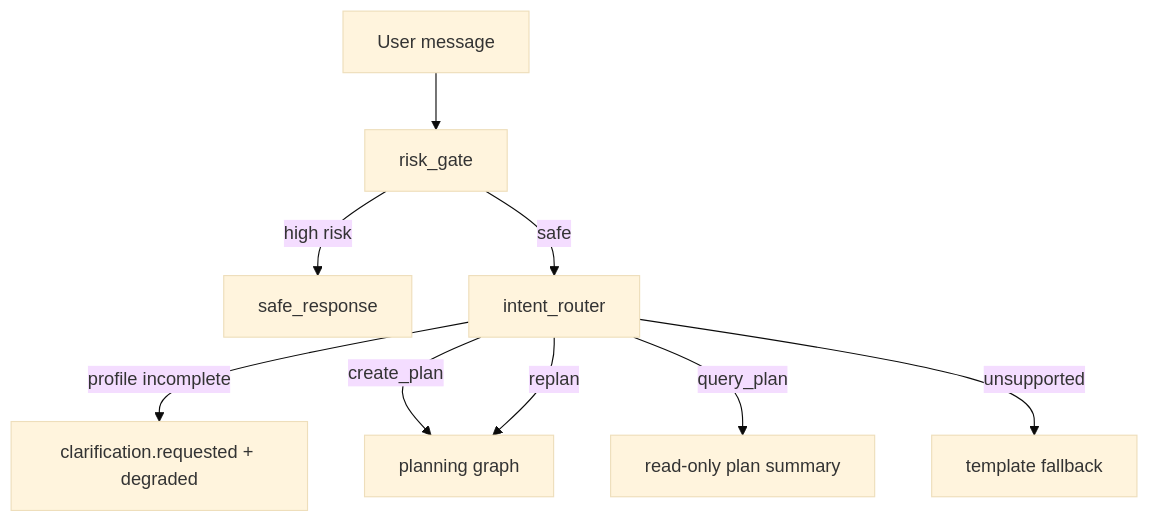
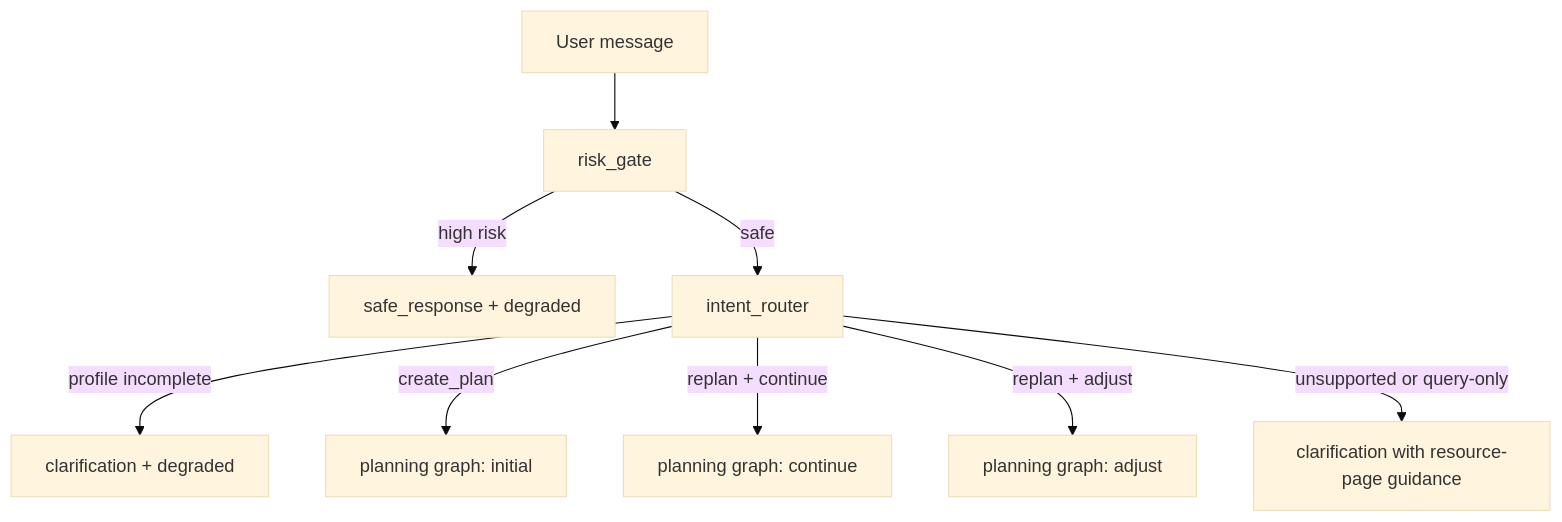
One commit to lyyjsr/career-planning-buddy changed the diagram in docs/model-design/state-machines/intent-routing-flow.mmd. Above: the diagram before and after it, drawn with Mermaid (base theme). The commit also changed other lines of this file and 73 other files, not shown here.

````diff
--- a/docs/model-design/state-machines/intent-routing-flow.mmd
+++ b/docs/model-design/state-machines/intent-routing-flow.mmd
@@ -3,11 +3,11 @@
 ```mermaid
 flowchart TD
     A[User message] --> R[risk_gate]
-    R -->|high risk| S[safe_response]
+    R -->|high risk| S[safe_response + degraded]
     R -->|safe| I[intent_router]
-    I -->|profile incomplete| C[clarification.requested + degraded]
-    I -->|create_plan| P[planning graph]
-    I -->|replan| P
-    I -->|query_plan| Q[read-only plan summary]
-    I -->|unsupported| F[template fallback]
+    I -->|profile incomplete| C[clarification + degraded]
+    I -->|create_plan| P[planning graph: initial]
+    I -->|replan + continue| N[planning graph: continue]
+    I -->|replan + adjust| J[planning graph: adjust]
+    I -->|unsupported or query-only| U[clarification with resource-page guidance]
 ```
````
